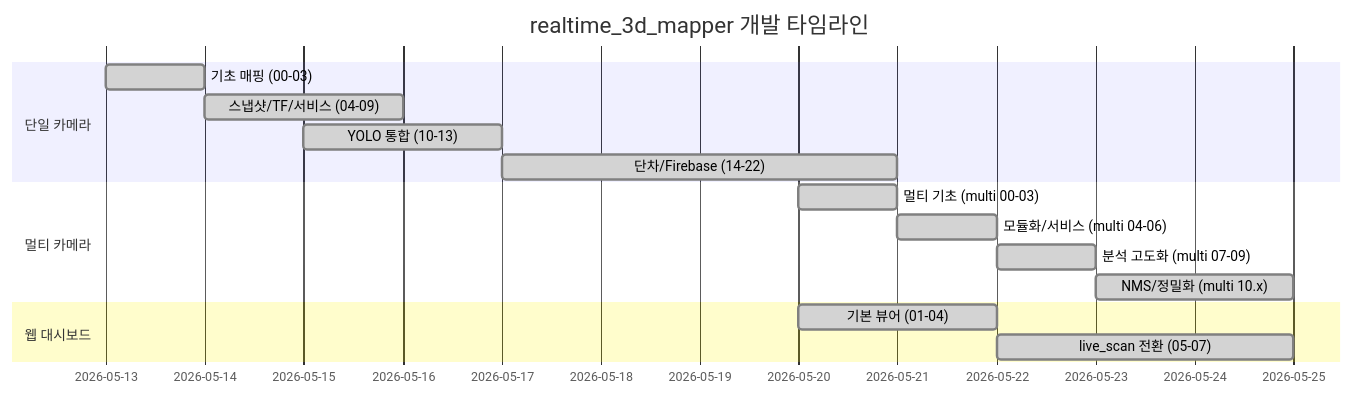
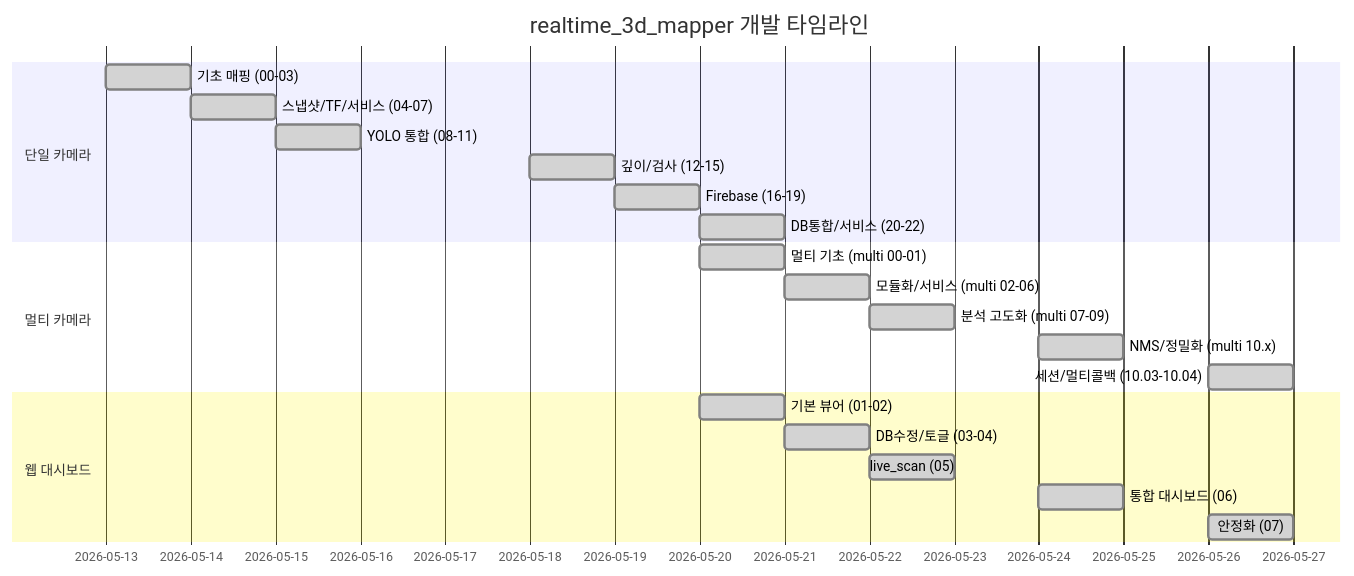
One commit to sungwung1201/JoinGo changed the diagram in YJH/README.md. Above: the diagram before and after it, drawn with Mermaid. The commit also changed other lines of this file, not shown here.

````diff
--- a/YJH/README.md
+++ b/YJH/README.md
@@ -80,18 +81,24 @@
 ```mermaid
 gantt
     title realtime_3d_mapper 개발 타임라인
     dateFormat  YYYY-MM-DD
     section 단일 카메라
     기초 매핑 (00-03)          :done, s1, 2026-05-13, 1d
-    스냅샷/TF/서비스 (04-09)    :done, s2, 2026-05-14, 2d
-    YOLO 통합 (10-13)          :done, s3, 2026-05-15, 2d
-    단차/Firebase (14-22)       :done, s4, 2026-05-17, 4d
+    스냅샷/TF/서비스 (04-07)    :done, s2, 2026-05-14, 1d
+    YOLO 통합 (08-11)          :done, s3, 2026-05-15, 1d
+    깊이/검사 (12-15)           :done, s4, 2026-05-18, 1d
+    Firebase (16-19)            :done, s5, 2026-05-19, 1d
+    DB통합/서비스 (20-22)       :done, s6, 2026-05-20, 1d
     section 멀티 카메라
-    멀티 기초 (multi 00-03)     :done, m1, 2026-05-20, 1d
-    모듈화/서비스 (multi 04-06) :done, m2, 2026-05-21, 1d
+    멀티 기초 (multi 00-01)     :done, m1, 2026-05-20, 1d
+    모듈화/서비스 (multi 02-06) :done, m2, 2026-05-21, 1d
     분석 고도화 (multi 07-09)   :done, m3, 2026-05-22, 1d
-    NMS/정밀화 (multi 10.x)    :done, m4, 2026-05-23, 2d
+    NMS/정밀화 (multi 10.x)    :done, m4, 2026-05-24, 1d
+    세션/멀티콜백 (10.03-10.04) :done, m5, 2026-05-26, 1d
     section 웹 대시보드
-    기본 뷰어 (01-04)          :done, h1, 2026-05-20, 2d
-    live_scan 전환 (05-07)     :done, h2, 2026-05-22, 3d
+    기본 뷰어 (01-02)          :done, h1, 2026-05-20, 1d
+    DB수정/토글 (03-04)        :done, h2, 2026-05-21, 1d
+    live_scan (05)              :done, h3, 2026-05-22, 1d
+    통합 대시보드 (06)          :done, h4, 2026-05-24, 1d
+    안정화 (07)                 :done, h5, 2026-05-26, 1d
 ```
````
